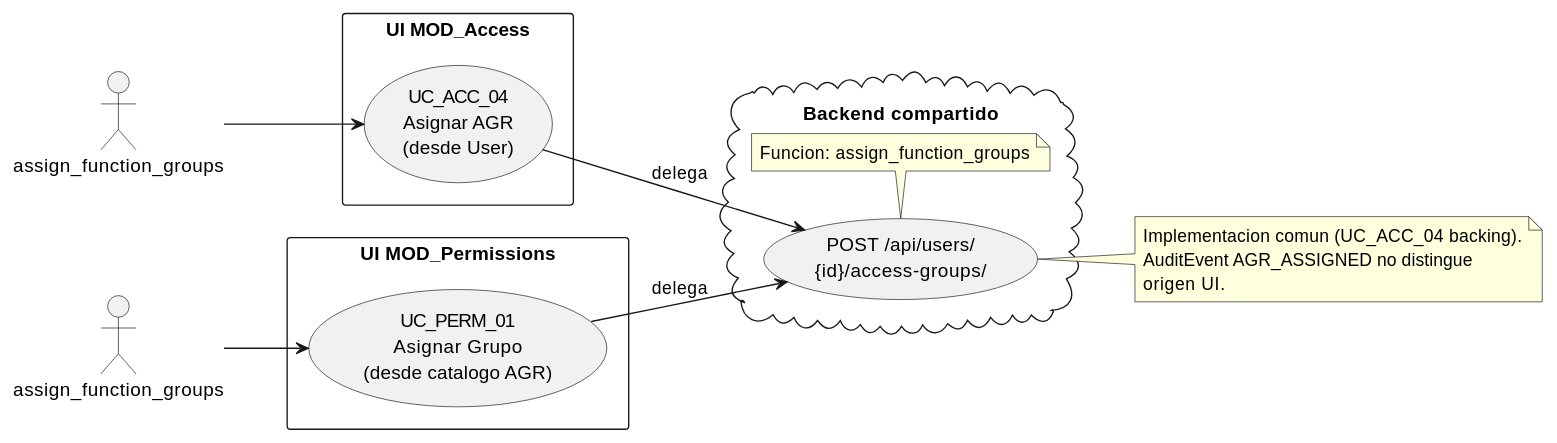
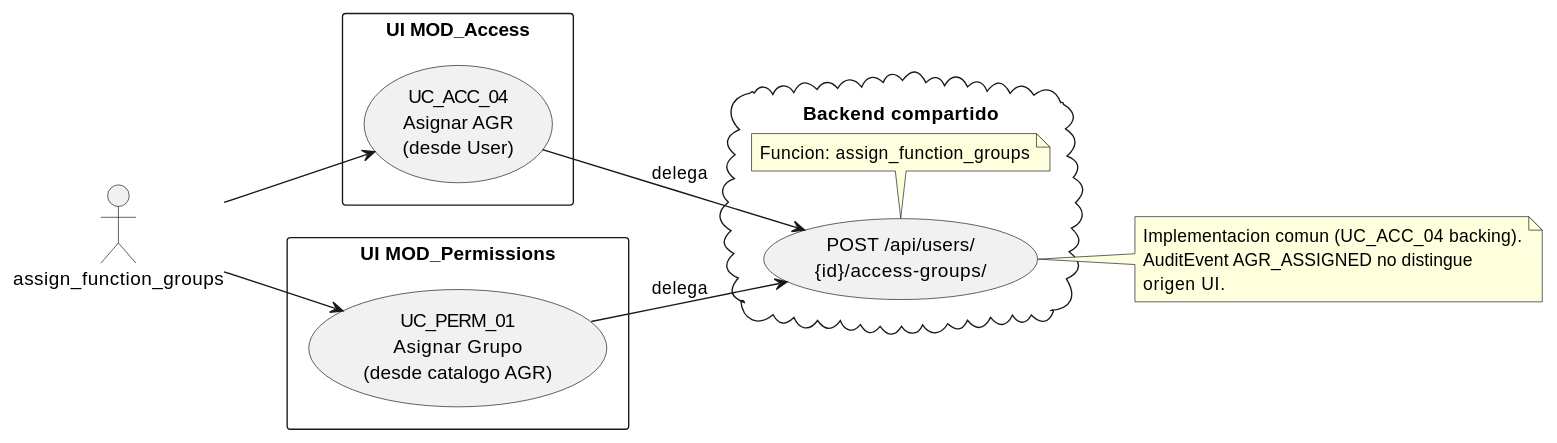
One commit to jcg-admin/IACT-docs changed the first of 4 diagrams in source/requisitos/casos-uso/permissions/uc-perm-01/diagramas-uml.rst. Above: the diagram before and after it, drawn with PlantUML. The commit also changed other lines of this file and 79 other files, not shown here.

First line of the commit message:
Sweep cryptic aliases in UC diagramas-uml files

```diff
--- a/source/requisitos/casos-uso/permissions/uc-perm-01/diagramas-uml.rst
+++ b/source/requisitos/casos-uso/permissions/uc-perm-01/diagramas-uml.rst
@@ -16,35 +16,35 @@
 .. uml::
  :caption: UC_PERM_01 vs UC_ACC_04 — vistas
            del mismo flujo
 
  @startuml
  left to right direction
 
- actor "assign_function_groups" as OPS
- actor "assign_function_groups" as SEC
+ actor "assign_function_groups" as assign_function_groups
+ actor "assign_function_groups" as assign_function_groups
 
  rectangle "UI MOD_Access" {
    usecase "UC_ACC_04\nAsignar AGR\n(desde User)" as ACC04
  }
 
  rectangle "UI MOD_Permissions" {
    usecase "UC_PERM_01\nAsignar Grupo\n(desde catalogo AGR)" as PERM01
  }
 
  cloud "Backend compartido" {
    usecase "POST /api/users/\n{id}/access-groups/" as BE
    note bottom: Funcion: assign_function_groups
  }
 
- OPS --> ACC04
- SEC --> PERM01
+ assign_function_groups --> ACC04
+ assign_function_groups --> PERM01
  ACC04 --> BE : delega
  PERM01 --> BE : delega
 
  note right of BE
    Implementacion comun (UC_ACC_04 backing).
    AuditEvent AGR_ASSIGNED no distingue
    origen UI.
  end note
 
  @enduml
```
